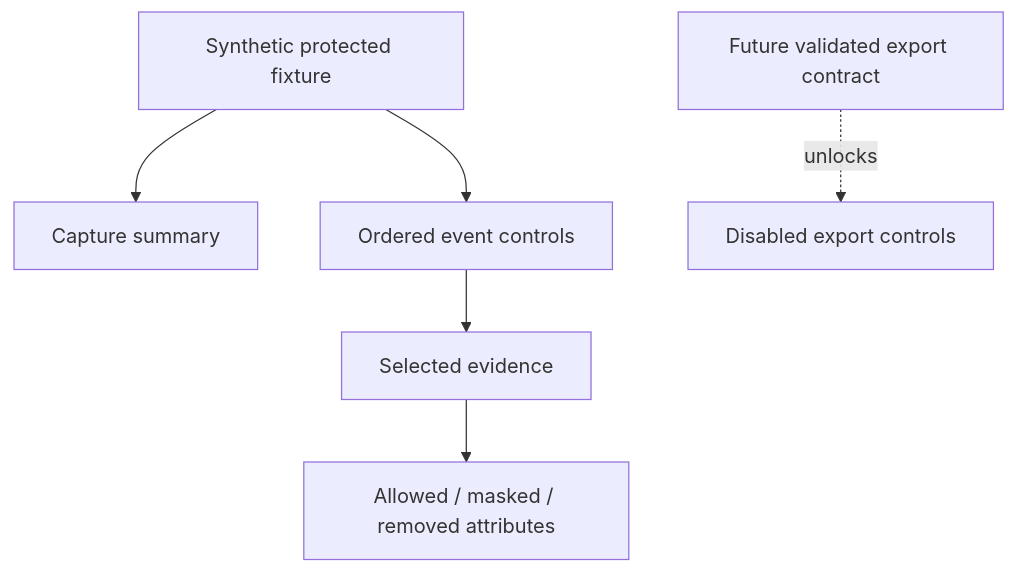
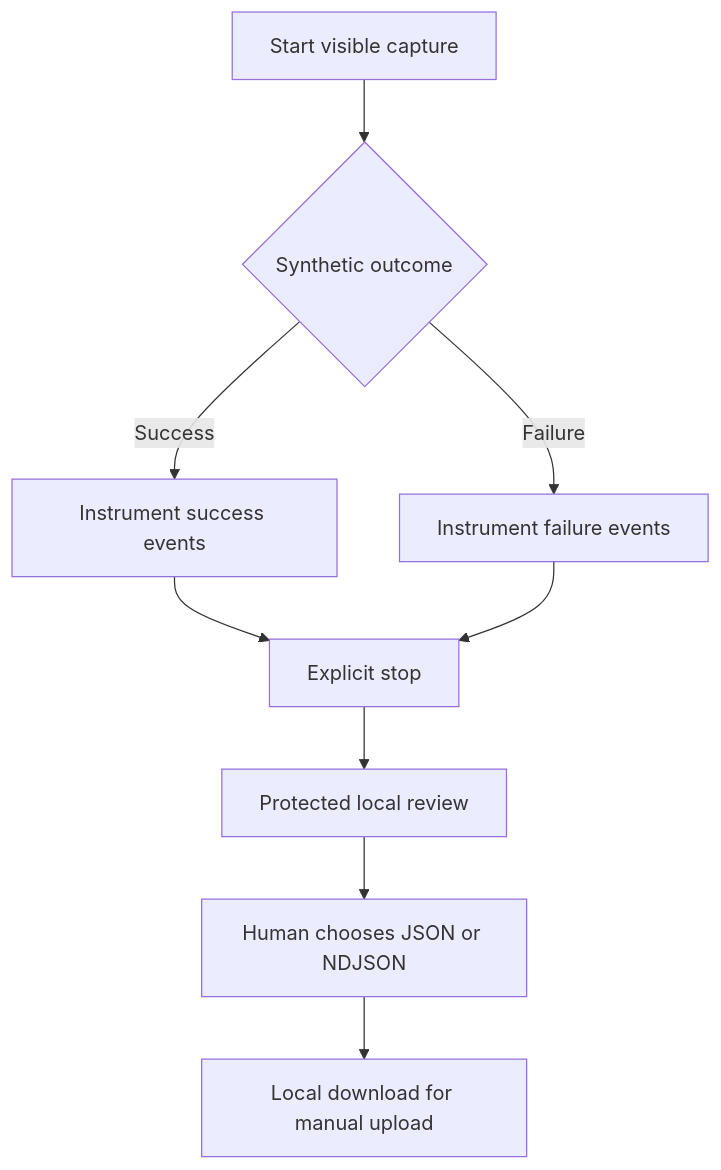
The third of 3 diagrams in tracerelay/docs/architecture.md (ASKR04/JavaScript), drawn with Mermaid before and after one commit. The commit also changed other lines of this file and 12 other files, not shown here.

````diff
--- a/tracerelay/docs/architecture.md
+++ b/tracerelay/docs/architecture.md
@@ -36,8 +36,11 @@
 ```mermaid
 flowchart TD
-    Fixture["Synthetic protected fixture"] --> Summary["Capture summary"]
-    Fixture --> Sequence["Ordered event controls"]
-    Sequence --> Selection["Selected evidence"]
-    Selection --> Attributes["Allowed / masked / removed attributes"]
-    Contract["Future validated export contract"] -. unlocks .-> Export["Disabled export controls"]
+    Start["Start visible capture"] --> Scenario{"Synthetic outcome"}
+    Scenario -->|Success| Success["Instrument success events"]
+    Scenario -->|Failure| Failure["Instrument failure events"]
+    Success --> Stop["Explicit stop"]
+    Failure --> Stop
+    Stop --> Review["Protected local review"]
+    Review --> Confirm["Human chooses JSON or NDJSON"]
+    Confirm --> File["Local download for manual upload"]
 ```
````
